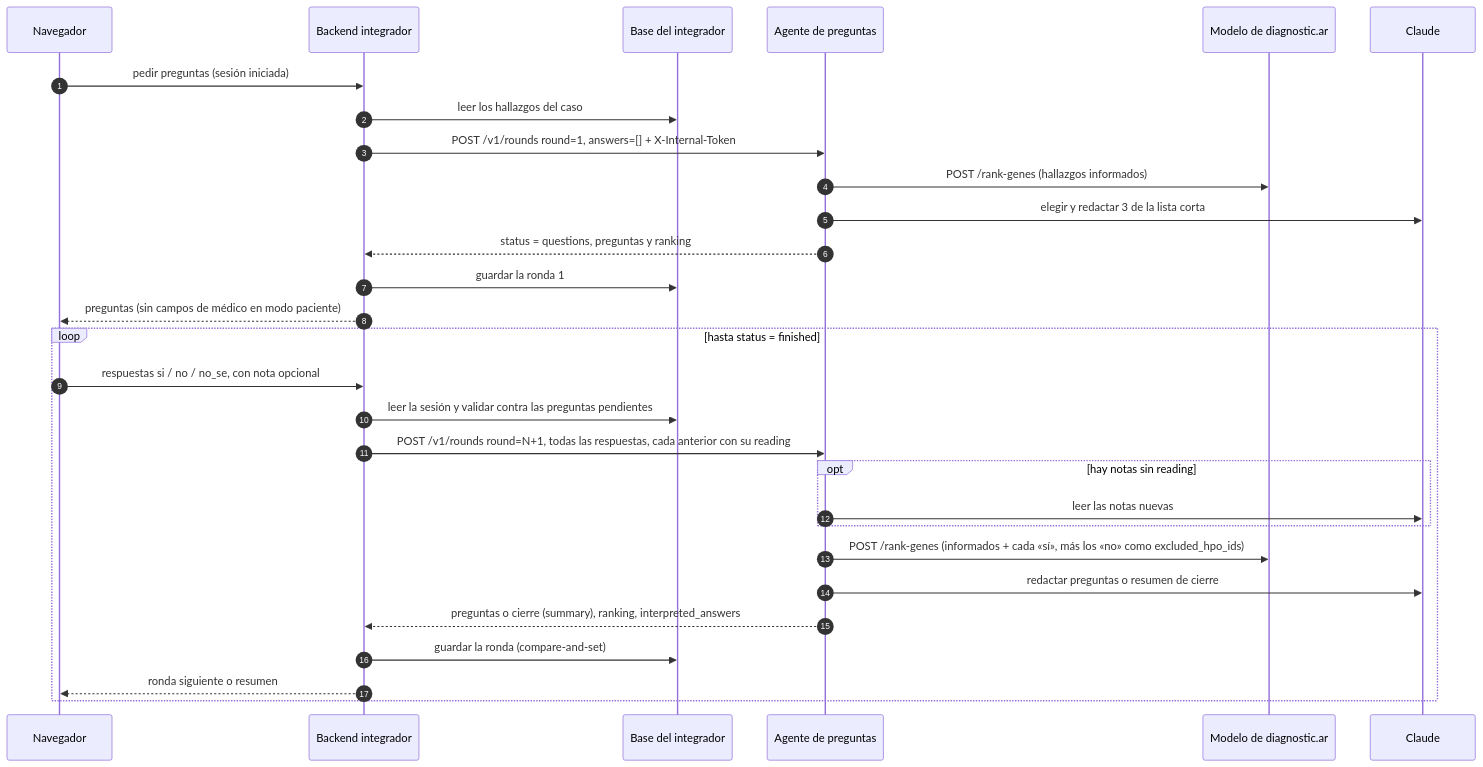
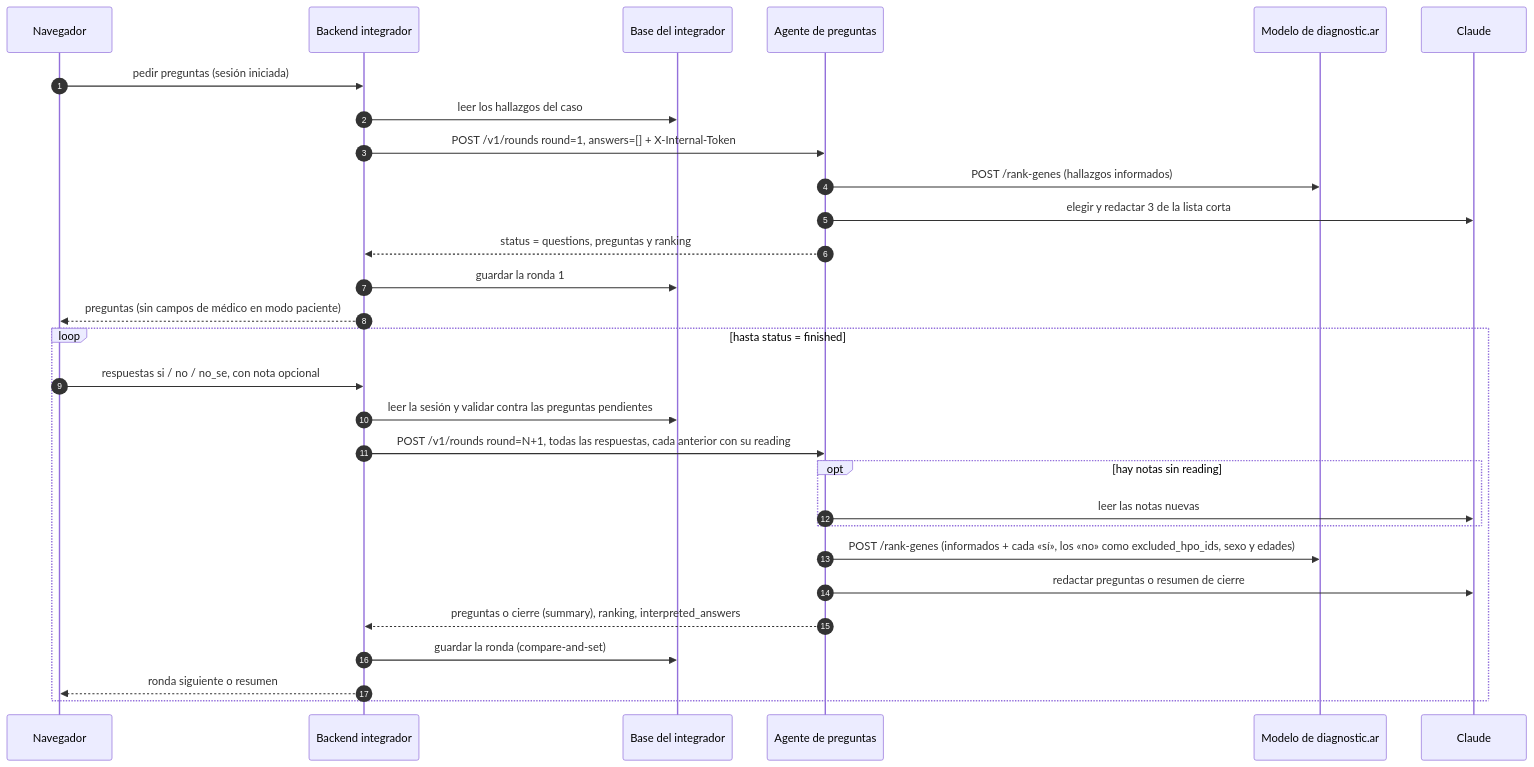
Before and after one commit to MarBL00126/diagnosticar-question-agent: the diagram in docs/GUIA_DE_INTEGRACION.md, drawn with Mermaid. The commit also changed other lines of this file and 4 other files, not shown here.

````diff
--- a/docs/GUIA_DE_INTEGRACION.md
+++ b/docs/GUIA_DE_INTEGRACION.md
@@ -196,31 +211,31 @@
 ```mermaid
 sequenceDiagram
     autonumber
     participant U as Navegador
     participant S as Backend integrador
     participant DB as Base del integrador
     participant A as Agente de preguntas
     participant M as Modelo de diagnostic.ar
     participant C as Claude
     U->>S: pedir preguntas (sesión iniciada)
     S->>DB: leer los hallazgos del caso
     S->>A: POST /v1/rounds round=1, answers=[] + X-Internal-Token
     A->>M: POST /rank-genes (hallazgos informados)
     A->>C: elegir y redactar 3 de la lista corta
     A-->>S: status = questions, preguntas y ranking
     S->>DB: guardar la ronda 1
     S-->>U: preguntas (sin campos de médico en modo paciente)
     loop hasta status = finished
         U->>S: respuestas si / no / no_se, con nota opcional
         S->>DB: leer la sesión y validar contra las preguntas pendientes
         S->>A: POST /v1/rounds round=N+1, todas las respuestas, cada anterior con su reading
         opt hay notas sin reading
             A->>C: leer las notas nuevas
         end
-        A->>M: POST /rank-genes (informados + cada «sí», más los «no» como excluded_hpo_ids)
+        A->>M: POST /rank-genes (informados + cada «sí», los «no» como excluded_hpo_ids, sexo y edades)
         A->>C: redactar preguntas o resumen de cierre
         A-->>S: preguntas o cierre (summary), ranking, interpreted_answers
         S->>DB: guardar la ronda (compare-and-set)
         S-->>U: ronda siguiente o resumen
     end
 ```
````
